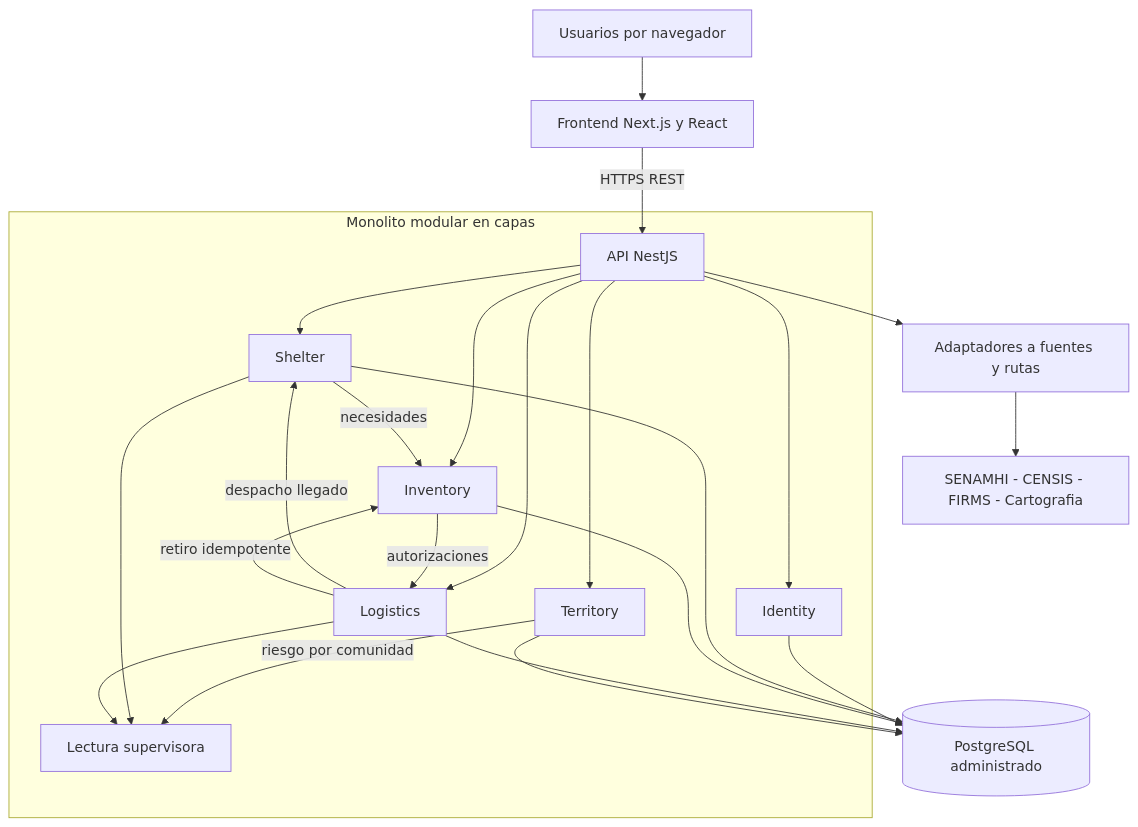
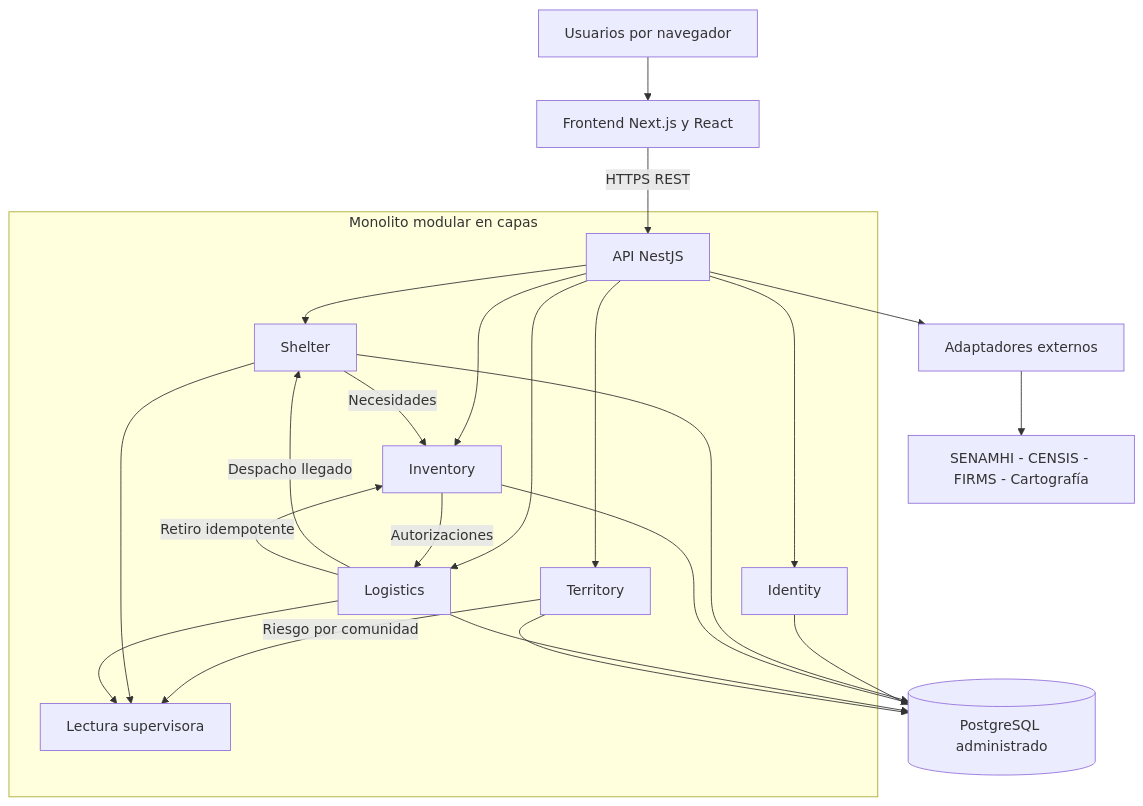
Before and after one commit to EderPanta18/alivia-humanitarian-system-design: the diagram in docs/06-arquitectura/01-arquitectura-logica.md, drawn with Mermaid. The commit also changed other lines of this file and 44 other files, not shown here.

````diff
--- a/docs/06-arquitectura/01-arquitectura-logica.md
+++ b/docs/06-arquitectura/01-arquitectura-logica.md
@@ -11,26 +20,31 @@
 ```mermaid
 flowchart TB
- Browser[Usuarios por navegador] --> Web[Frontend Next.js y React]
- Web -->|HTTPS REST| API[API NestJS]
- subgraph Back[Monolito modular en capas]
- API --> Identity[Identity]
- API --> Shelter[Shelter]
- API --> Inventory[Inventory]
- API --> Logistics[Logistics]
- API --> Territory[Territory]
- Shelter -->|necesidades| Inventory
- Inventory -->|autorizaciones| Logistics
- Logistics -->|despacho llegado| Shelter
- Logistics -->|retiro idempotente| Inventory
- Territory -->|riesgo por comunidad| Supervisor[Lectura supervisora]
- Shelter --> Supervisor
- Logistics --> Supervisor
- end
- Identity --> DB[(PostgreSQL administrado)]
- Shelter --> DB
- Inventory --> DB
- Logistics --> DB
- Territory --> DB
- API --> Providers[Adaptadores a fuentes y rutas]
- Providers --> External[SENAMHI - CENSIS - FIRMS - Cartografia]
+    Browser[Usuarios por navegador] --> Web[Frontend Next.js y React]
+    Web -->|HTTPS REST| API[API NestJS]
+
+    subgraph Back[Monolito modular en capas]
+        API --> Identity[Identity]
+        API --> Shelter[Shelter]
+        API --> Inventory[Inventory]
+        API --> Logistics[Logistics]
+        API --> Territory[Territory]
+
+        Shelter -->|Necesidades| Inventory
+        Inventory -->|Autorizaciones| Logistics
+        Logistics -->|Despacho llegado| Shelter
+        Logistics -->|Retiro idempotente| Inventory
+
+        Territory -->|Riesgo por comunidad| Supervisor[Lectura supervisora]
+        Shelter --> Supervisor
+        Logistics --> Supervisor
+    end
+
+    Identity --> DB[(PostgreSQL administrado)]
+    Shelter --> DB
+    Inventory --> DB
+    Logistics --> DB
+    Territory --> DB
+
+    API --> Providers[Adaptadores externos]
+    Providers --> External[SENAMHI - CENSIS - FIRMS - Cartografía]
 ```
````
